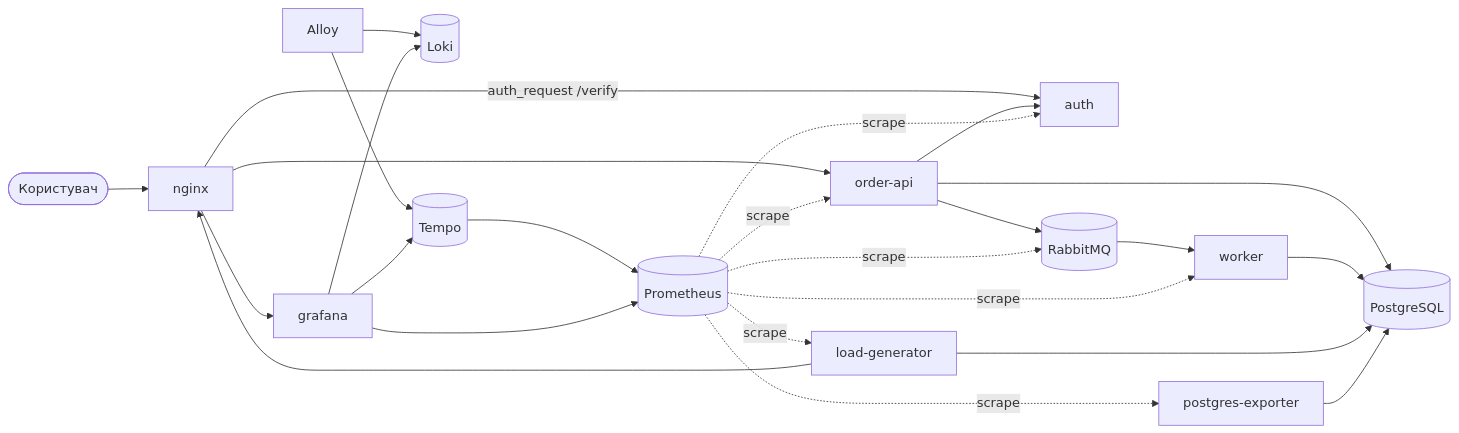
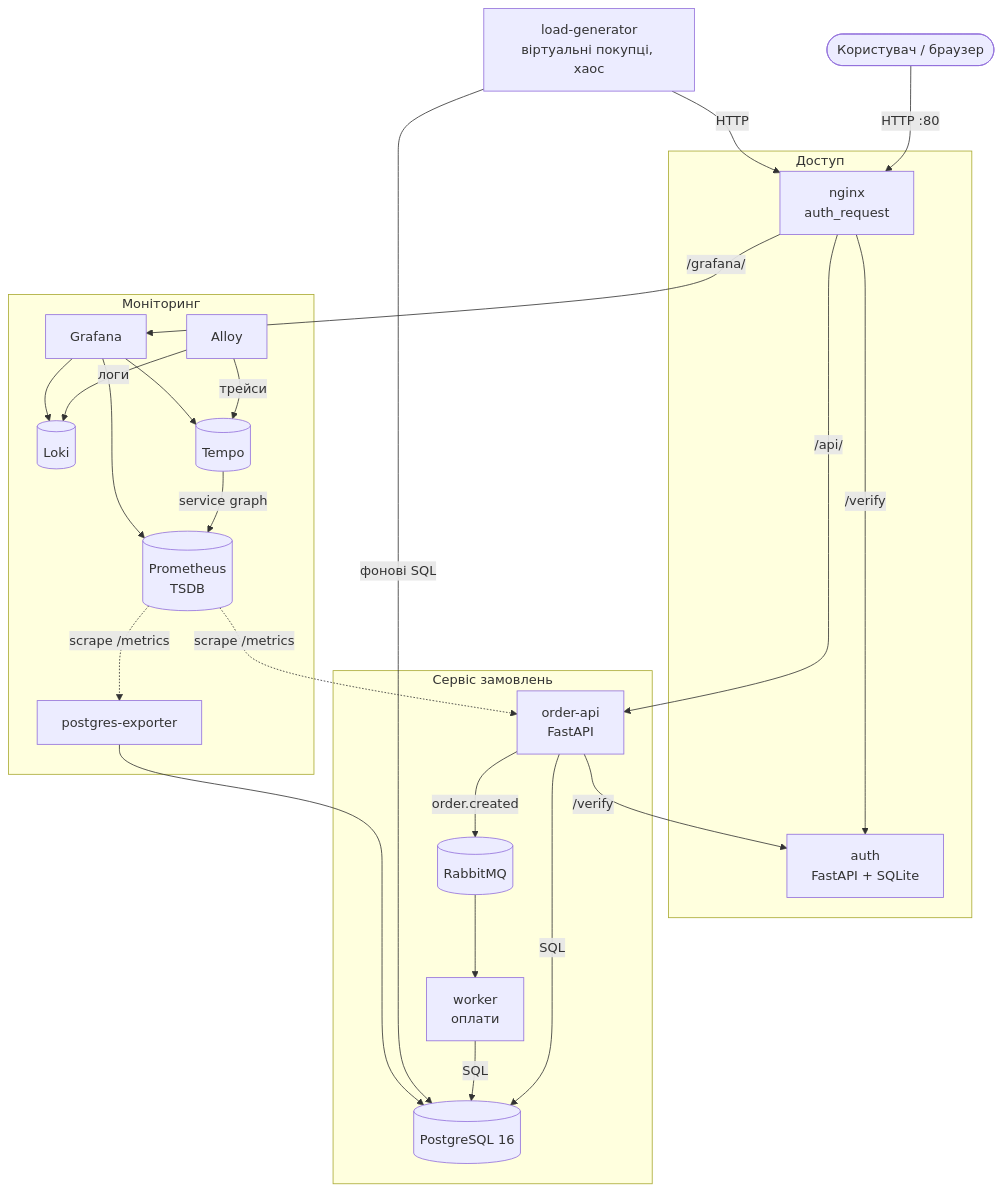
The first of 2 diagrams in docs/report.md (danilmarxxxhenko/pg-monitoring), drawn with Mermaid before and after one commit. The commit also changed other lines of this file and 30 other files, not shown here.

````diff
--- a/docs/report.md
+++ b/docs/report.md
@@ -44,18 +44,38 @@
 ```mermaid
-flowchart LR
-    user([Користувач]) --> nginx
-    nginx -->|auth_request /verify| auth
-    nginx --> grafana
-    nginx --> api[order-api]
-    gen[load-generator] --> nginx
-    api --> auth
-    api --> pg[(PostgreSQL)]
-    api --> mq[(RabbitMQ)]
-    mq --> worker --> pg
-    gen --> pg
-    prom[(Prometheus)] -. scrape .-> api & worker & auth & gen & pgexp[postgres-exporter] & mq
-    pgexp --> pg
-    alloy[Alloy] --> loki[(Loki)] & tempo[(Tempo)]
-    tempo --> prom
-    grafana --> prom & loki & tempo
+flowchart TB
+    user([Користувач / браузер]) -->|HTTP :80| nginx
+    gen[load-generator<br/>віртуальні покупці, хаос] -->|HTTP| nginx
+
+    subgraph access[Доступ]
+        nginx[nginx<br/>auth_request] -->|/verify| auth[auth<br/>FastAPI + SQLite]
+    end
+
+    subgraph shop[Сервіс замовлень]
+        api[order-api<br/>FastAPI] -->|SQL| pg[(PostgreSQL 16)]
+        api -->|order.created| mq[(RabbitMQ)]
+        mq --> worker[worker<br/>оплати] -->|SQL| pg
+    end
+
+    subgraph obs[Моніторинг]
+        prom[(Prometheus<br/>TSDB)]
+        loki[(Loki)]
+        tempo[(Tempo)]
+        alloy[Alloy]
+        grafana[Grafana]
+        exp[postgres-exporter]
+    end
+
+    nginx -->|/api/| api
+    nginx -->|/grafana/| grafana
+    api -->|/verify| auth
+    gen -->|фонові SQL| pg
+    exp --> pg
+    prom -.->|scrape /metrics| exp
+    prom -.->|scrape /metrics| api
+    alloy -->|логи| loki
+    alloy -->|трейси| tempo
+    tempo -->|service graph| prom
+    grafana --> prom
+    grafana --> loki
+    grafana --> tempo
 ```
````
